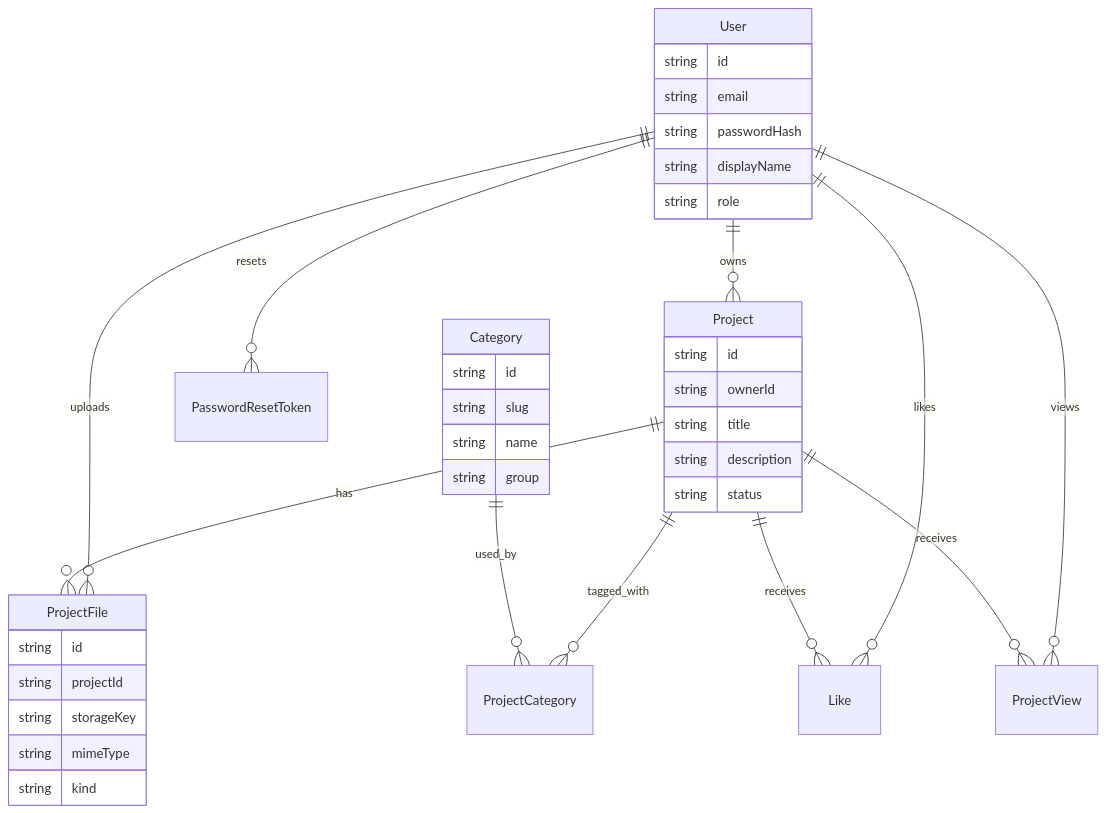
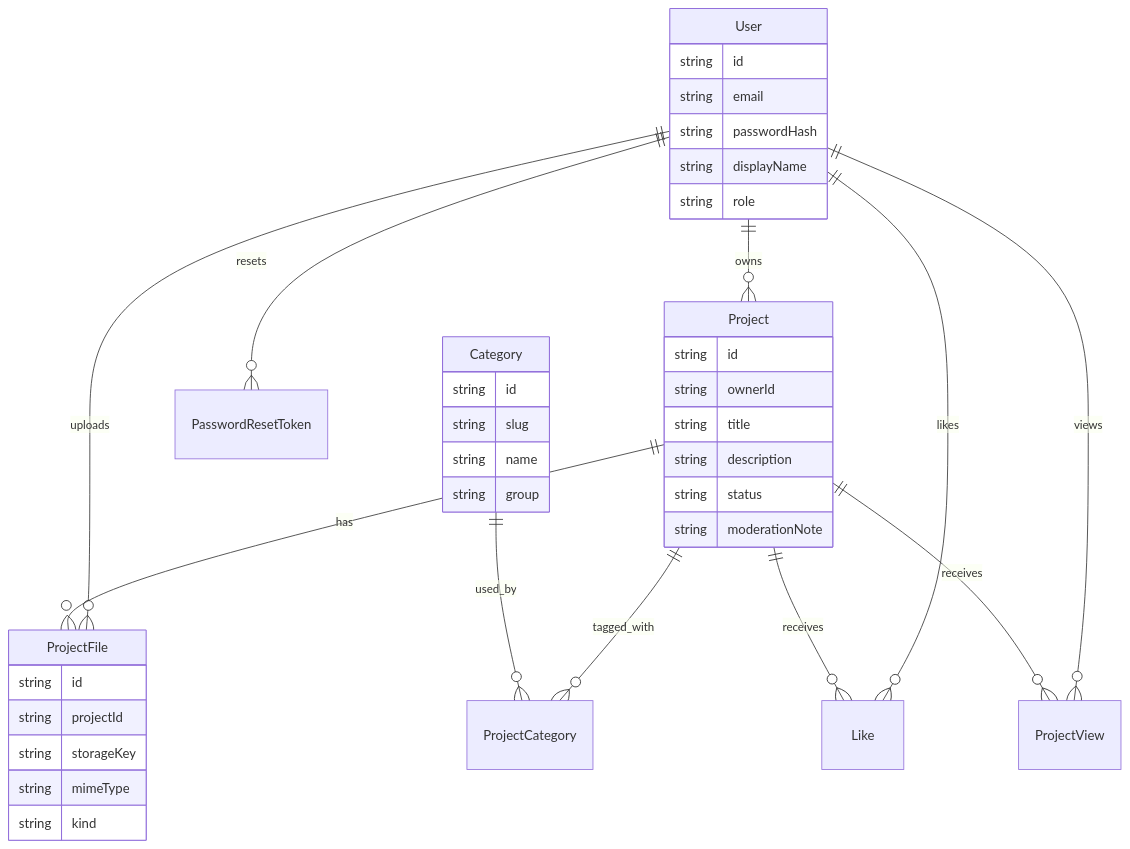
The ninth of 9 diagrams in README.md (bordermull/creator-platform), drawn with Mermaid before and after one commit. The commit also changed other lines of this file and 8 other files, not shown here.

````diff
--- a/README.md
+++ b/README.md
@@ -682,46 +689,47 @@
 ```mermaid
 erDiagram
   User ||--o{ Project : owns
   User ||--o{ ProjectFile : uploads
   User ||--o{ Like : likes
   User ||--o{ ProjectView : views
   User ||--o{ PasswordResetToken : resets
 
   Project ||--o{ ProjectFile : has
   Project ||--o{ ProjectCategory : tagged_with
   Project ||--o{ Like : receives
   Project ||--o{ ProjectView : receives
 
   Category ||--o{ ProjectCategory : used_by
 
   User {
     string id
     string email
     string passwordHash
     string displayName
     string role
   }
 
   Project {
     string id
     string ownerId
     string title
     string description
     string status
+    string moderationNote
   }
 
   ProjectFile {
     string id
     string projectId
     string storageKey
     string mimeType
     string kind
   }
 
   Category {
     string id
     string slug
     string name
     string group
   }
 ```
````
